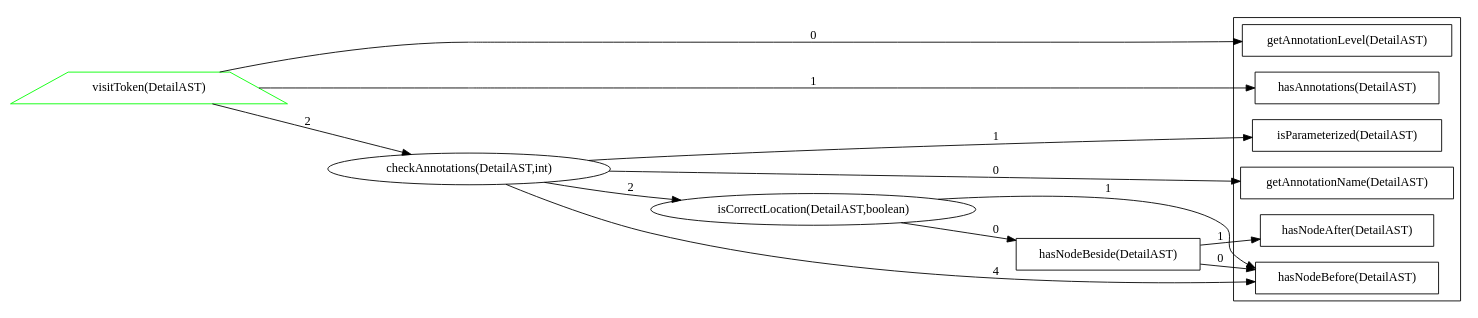
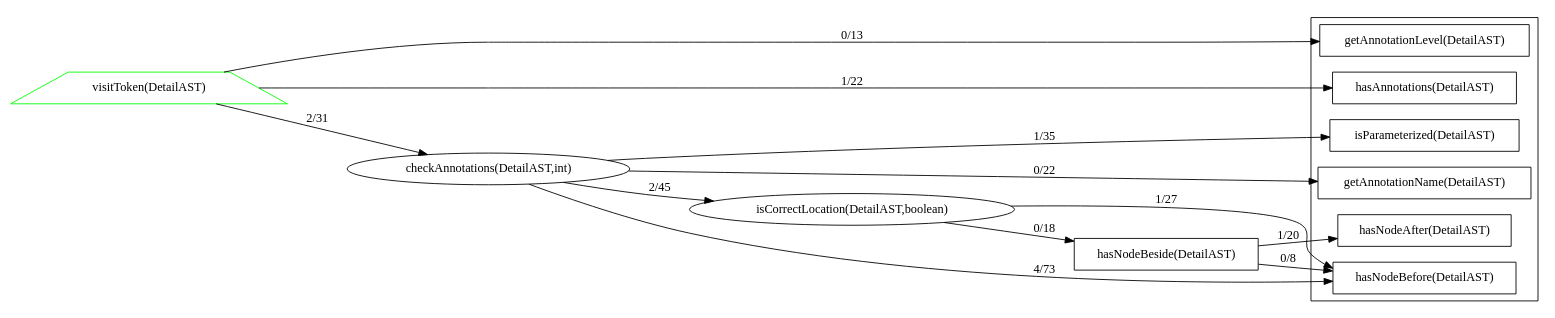
Before and after one commit to alex-zuy/alex-zuy.github.io: the diagram in dot/after_AnnotationLocationCheck.java.dot, drawn with Graphviz. The commit also changed 7 other files, not shown here.

```diff
--- a/dot/after_AnnotationLocationCheck.java.dot
+++ b/dot/after_AnnotationLocationCheck.java.dot
@@ -1,40 +1,40 @@
 digraph dependencies {
 rankdir = "LR";
 subgraph clustersimple {
 "isParameterized(DetailAST)" [ color="#000000ff" shape="polygon" ];
 "hasNodeBefore(DetailAST)" [ color="#000000ff" shape="polygon" ];
 "hasNodeAfter(DetailAST)" [ color="#000000ff" shape="polygon" ];
 "getAnnotationLevel(DetailAST)" [ color="#000000ff" shape="polygon" ];
 "hasAnnotations(DetailAST)" [ color="#000000ff" shape="polygon" ];
 "getAnnotationName(DetailAST)" [ color="#000000ff" shape="polygon" ];
 }
 "isCorrectLocation(DetailAST,boolean)" [ color="#000000ff" ];
 "hasNodeBeside(DetailAST)" [ color="#000000ff" shape="polygon" ];
 "visitToken(DetailAST)" [ color="#00ff00ff" shape="trapezium" ];
 "checkAnnotations(DetailAST,int)" [ color="#000000ff" ];
-"isCorrectLocation(DetailAST,boolean)" -> "hasNodeBeside(DetailAST)" [ label="0" ];
-"isCorrectLocation(DetailAST,boolean)" -> "hasNodeBefore(DetailAST)" [ label="1" ];
-"hasNodeBeside(DetailAST)" -> "hasNodeBefore(DetailAST)" [ label="0" ];
-"hasNodeBeside(DetailAST)" -> "hasNodeAfter(DetailAST)" [ label="1" ];
-"visitToken(DetailAST)" -> "getAnnotationLevel(DetailAST)" [ label="0" ];
-"visitToken(DetailAST)" -> "hasAnnotations(DetailAST)" [ label="1" ];
-"visitToken(DetailAST)" -> "checkAnnotations(DetailAST,int)" [ label="2" ];
-"checkAnnotations(DetailAST,int)" -> "isParameterized(DetailAST)" [ label="1" ];
-"checkAnnotations(DetailAST,int)" -> "isCorrectLocation(DetailAST,boolean)" [ label="2" ];
-"checkAnnotations(DetailAST,int)" -> "hasNodeBefore(DetailAST)" [ label="4" ];
-"checkAnnotations(DetailAST,int)" -> "getAnnotationName(DetailAST)" [ label="0" ];
+"isCorrectLocation(DetailAST,boolean)" -> "hasNodeBeside(DetailAST)" [ label="0/18" ];
+"isCorrectLocation(DetailAST,boolean)" -> "hasNodeBefore(DetailAST)" [ label="1/27" ];
+"hasNodeBeside(DetailAST)" -> "hasNodeBefore(DetailAST)" [ label="0/8" ];
+"hasNodeBeside(DetailAST)" -> "hasNodeAfter(DetailAST)" [ label="1/20" ];
+"visitToken(DetailAST)" -> "getAnnotationLevel(DetailAST)" [ label="0/13" ];
+"visitToken(DetailAST)" -> "hasAnnotations(DetailAST)" [ label="1/22" ];
+"visitToken(DetailAST)" -> "checkAnnotations(DetailAST,int)" [ label="2/31" ];
+"checkAnnotations(DetailAST,int)" -> "isParameterized(DetailAST)" [ label="1/35" ];
+"checkAnnotations(DetailAST,int)" -> "isCorrectLocation(DetailAST,boolean)" [ label="2/45" ];
+"checkAnnotations(DetailAST,int)" -> "hasNodeBefore(DetailAST)" [ label="4/73" ];
+"checkAnnotations(DetailAST,int)" -> "getAnnotationName(DetailAST)" [ label="0/22" ];
 /*
 Legend
 Node border color:
     a) GREEN - public
     b) YELLOW - protected
     c) BLACK - private
     d) BLUE - default
 Node shape:
     if static - rectangle
     otherwise if override - trapezium
     otherwise if overloaded - triangle
     otherwise ellipse
 
 */
 }
```
